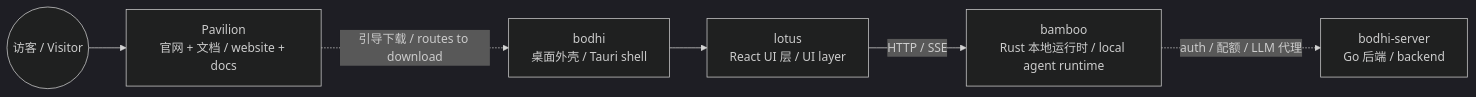
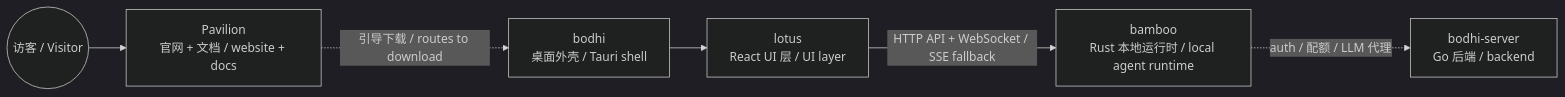
Before and after one commit to bigduu/Pavilion: the diagram in README.zh-CN.md, drawn with Mermaid (dark theme). The commit also changed other lines of this file and 1 other file, not shown here.

````diff
--- a/README.zh-CN.md
+++ b/README.zh-CN.md
@@ -53,8 +53,8 @@
 ```mermaid
 flowchart LR
   Visitor((访客 / Visitor)) --> Pavilion[Pavilion\n官网 + 文档 / website + docs]
   Pavilion -. 引导下载 / routes to download .-> Bodhi[bodhi\n桌面外壳 / Tauri shell]
   Bodhi --> Lotus[lotus\nReact UI 层 / UI layer]
-  Lotus -- HTTP / SSE --> Bamboo[bamboo\nRust 本地运行时 / local agent runtime]
+  Lotus -- HTTP API + WebSocket / SSE fallback --> Bamboo[bamboo\nRust 本地运行时 / local agent runtime]
   Bamboo -. auth / 配额 / LLM 代理 .-> BodhiServer[bodhi-server\nGo 后端 / backend]
 ```
````
